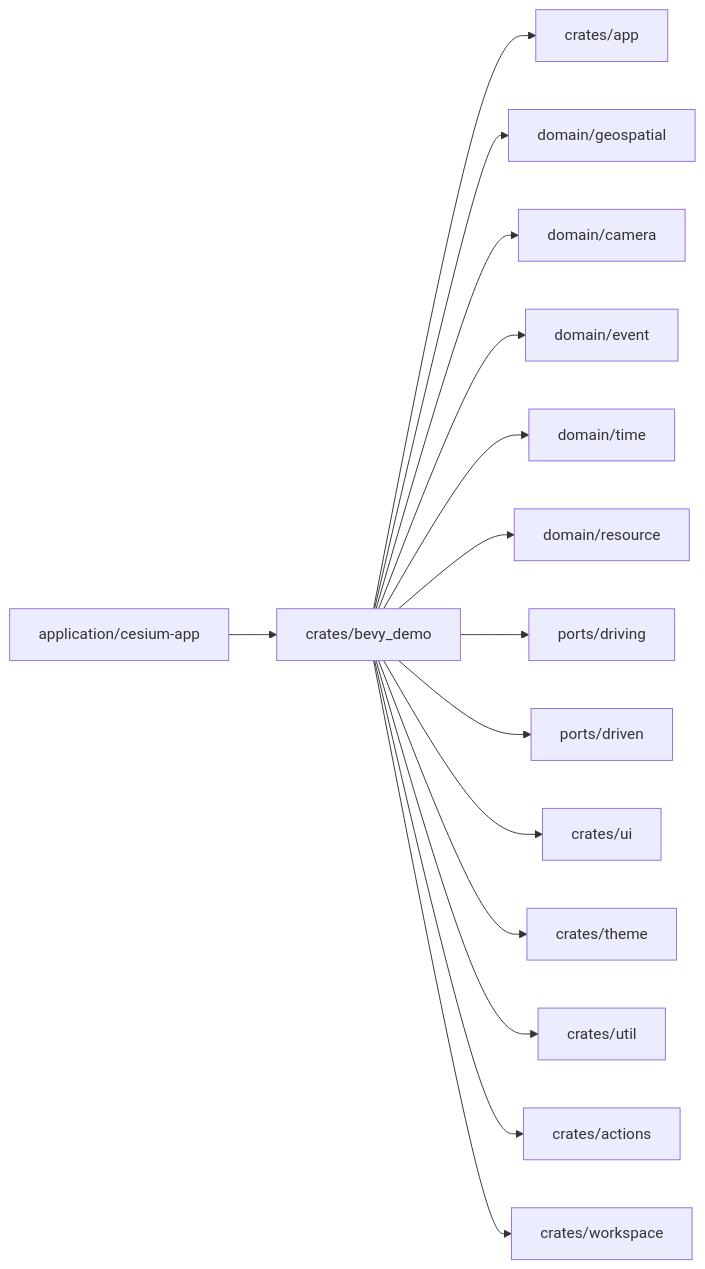
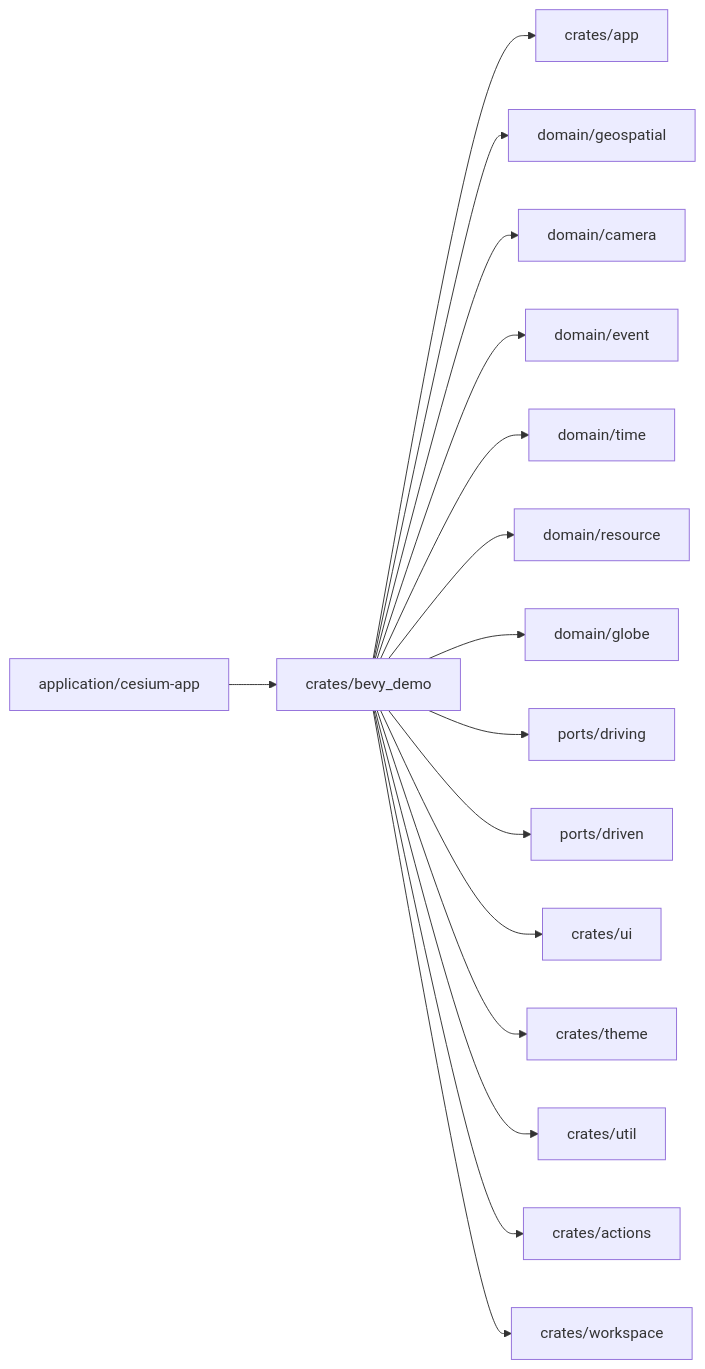
One commit to rzhangjing/cesium changed the sixth of 6 diagrams in .qoder/repowiki/zh/content/示例教程/Bevy游戏引擎集成示例.md. Above: the diagram before and after it, drawn with Mermaid. The commit also changed other lines of this file and 178 other files, not shown here.

````diff
--- a/.qoder/repowiki/zh/content/示例教程/Bevy游戏引擎集成示例.md
+++ b/.qoder/repowiki/zh/content/示例教程/Bevy游戏引擎集成示例.md
@@ -323,17 +476,18 @@
 ```mermaid
 graph LR
 cesium_app["application/cesium-app"] --> bevy_demo["crates/bevy_demo"]
 bevy_demo --> app_lib["crates/app"]
 bevy_demo --> geo["domain/geospatial"]
 bevy_demo --> cam["domain/camera"]
 bevy_demo --> ev["domain/event"]
 bevy_demo --> time["domain/time"]
 bevy_demo --> res["domain/resource"]
+bevy_demo --> globe["domain/globe"]
 bevy_demo --> drv["ports/driving"]
 bevy_demo --> drn["ports/driven"]
 bevy_demo --> ui["crates/ui"]
 bevy_demo --> theme["crates/theme"]
 bevy_demo --> util["crates/util"]
 bevy_demo --> actions["crates/actions"]
 bevy_demo --> workspace["crates/workspace"]
 ```
````
